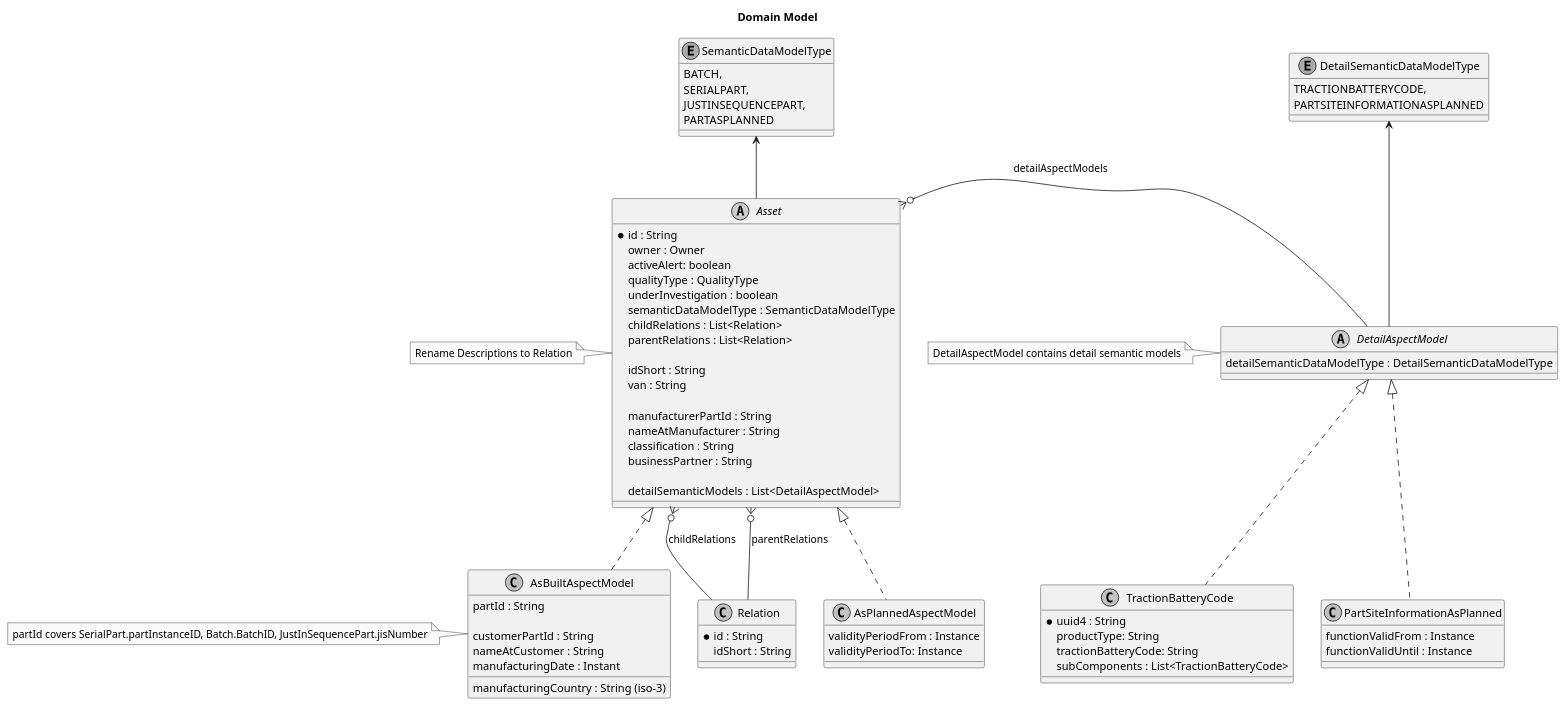
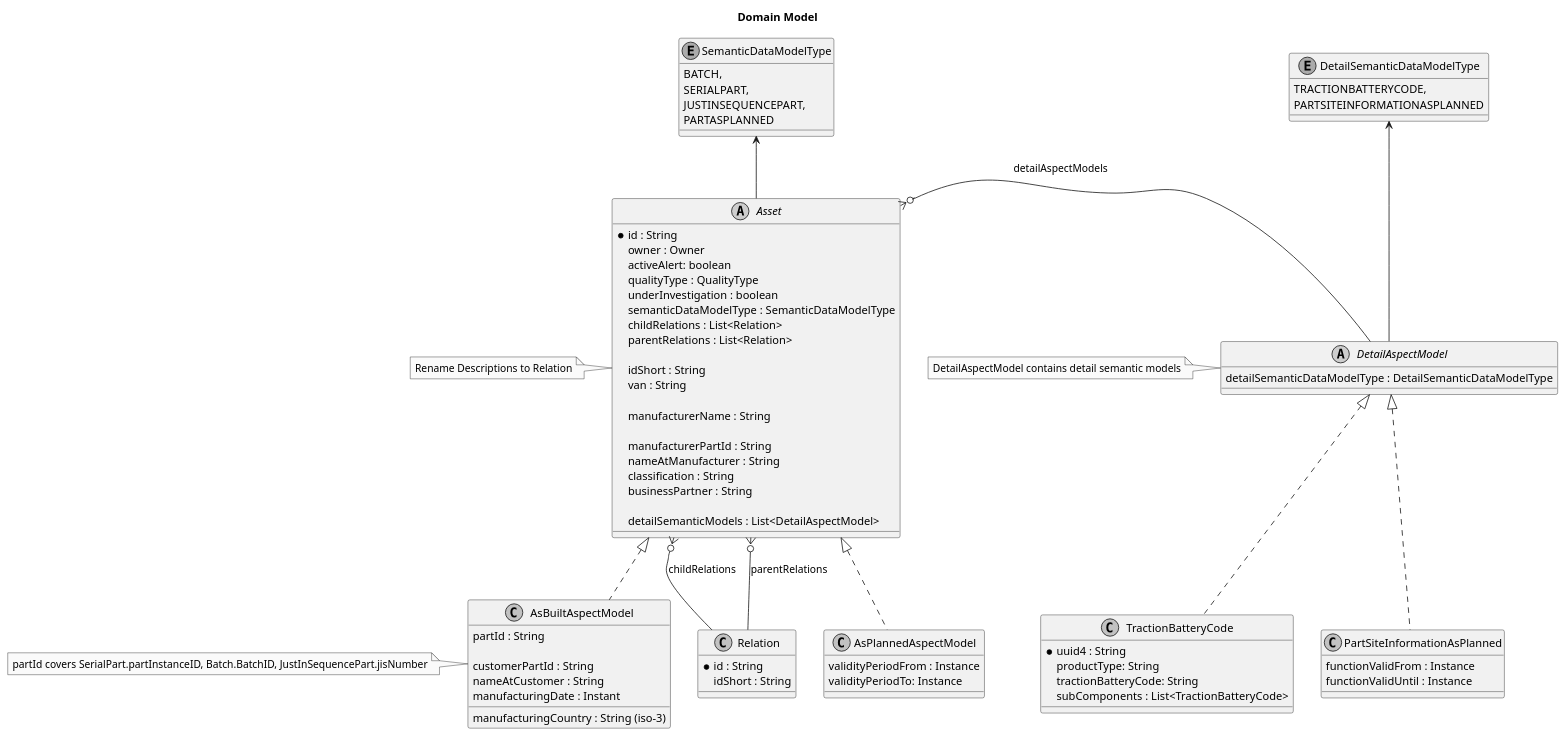
Before and after one commit to eclipse-tractusx/traceability-foss: the diagram in docs/src/uml-diagrams/concept/TRACEFOSS-1423/domain-model.puml, drawn with PlantUML.

Commit message:
fix(domain):[TRACEFOSS-1423] add manufacturerName

```diff
--- a/docs/src/uml-diagrams/concept/TRACEFOSS-1423/domain-model.puml
+++ b/docs/src/uml-diagrams/concept/TRACEFOSS-1423/domain-model.puml
@@ -1,109 +1,111 @@
 @startuml
 
 title: Domain Model
 skinparam monochrome true
 skinparam shadowing false
 
 abstract Asset {
         *   id : String
         owner : Owner
         activeAlert: boolean
         qualityType : QualityType
         underInvestigation : boolean
         semanticDataModelType : SemanticDataModelType
         childRelations : List<Relation>
         parentRelations : List<Relation>
 
         idShort : String
         van : String
+
+        manufacturerName : String /' BPN Lookup collection irs.bpns[] '/
 
         manufacturerPartId : String /' partTypeInformation.manufacturerPartId '/
         nameAtManufacturer : String /' partTypeInformation.nameAtManufacturer '/
         classification : String /' partTypeInformation.classification '/
         businessPartner : String /' BusinessPartner '/
 
         detailSemanticModels : List<DetailAspectModel>
 }
 
 note left
     Rename Descriptions to Relation
 end note
 
 
 abstract DetailAspectModel {
     detailSemanticDataModelType : DetailSemanticDataModelType
 }
 note left
     DetailAspectModel contains detail semantic models
 end note
 
 
 class Relation {
        *   id : String
        idShort : String
 }
 
 enum SemanticDataModelType {
     BATCH,
     SERIALPART,
     JUSTINSEQUENCEPART,
     PARTASPLANNED
 }
 
 
 enum DetailSemanticDataModelType {
     TRACTIONBATTERYCODE,
     PARTSITEINFORMATIONASPLANNED
 }
 
 class AsBuiltAspectModel {
     partId : String /' BatchID ,  jisNumber , partInstanceID'/
 
     /' specific customer attribute for asBuilt '/
     customerPartId : String
     nameAtCustomer : String
     manufacturingCountry : String (iso-3)
     manufacturingDate : Instant
 }
 
 note left
     partId covers SerialPart.partInstanceID, Batch.BatchID, JustInSequencePart.jisNumber
 end note
 
 class TractionBatteryCode {
     * uuid4 : String /' UUID ID '/
     productType: String
     tractionBatteryCode: String
     subComponents : List<TractionBatteryCode>
 }
 
 class  AsPlannedAspectModel { /' PartAsPlanned '/
 /'
     1.0.0
 '/
     validityPeriodFrom : Instance
     validityPeriodTo: Instance
 }
 
 class PartSiteInformationAsPlanned {
 /'
     1.0.0
     Currently this is not ready for implementing - there is no specification right now.
 '/
     functionValidFrom : Instance
     functionValidUntil : Instance
 
 }
 
 
 SemanticDataModelType <-- Asset
 DetailSemanticDataModelType <-- DetailAspectModel
 Asset <|.. AsBuiltAspectModel
 Asset <|.. AsPlannedAspectModel
 
 Asset }o-- Relation : childRelations
 Asset }o--  Relation : parentRelations
 Asset }o- DetailAspectModel : detailAspectModels
 DetailAspectModel  <|.. TractionBatteryCode
 DetailAspectModel  <|..  PartSiteInformationAsPlanned
 @enduml
```
